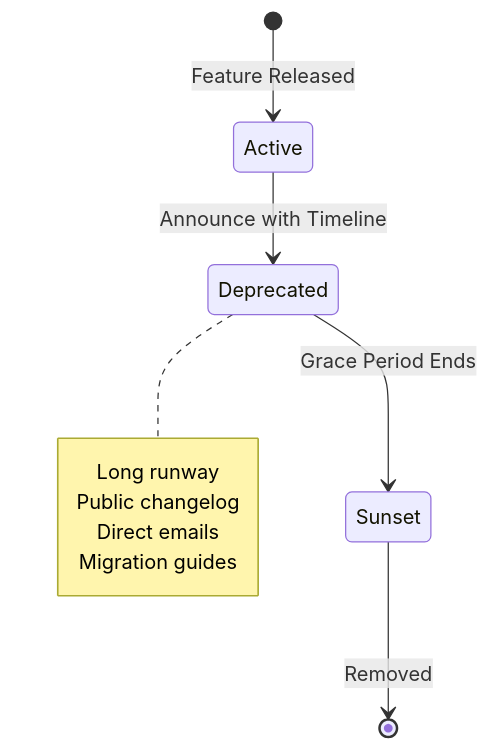
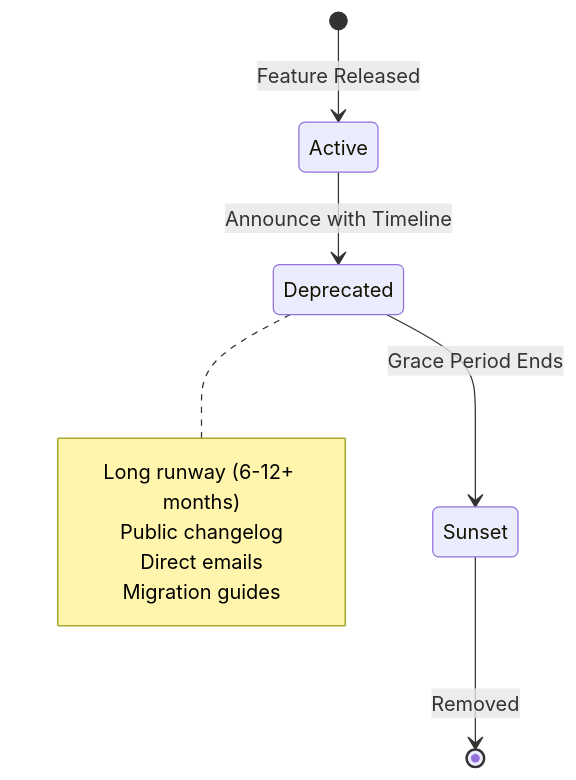
One commit to udaytamma/Cyrus changed the second of 8 diagrams in gemini-responses/api-platform-stripe.md. Above: the diagram before and after it, drawn with Mermaid. The commit also changed other lines of this file and 8 other files, not shown here.

````diff
--- a/gemini-responses/api-platform-stripe.md
+++ b/gemini-responses/api-platform-stripe.md
@@ -96,14 +86,14 @@
 ```mermaid
 stateDiagram-v2
     [*] --> Active: Feature Released
     Active --> Deprecated: Announce with Timeline
     Deprecated --> Sunset: Grace Period Ends
     Sunset --> [*]: Removed
 
     note right of Deprecated
-        Long runway
+        Long runway (6-12+ months)
         Public changelog
         Direct emails
         Migration guides
     end note
 ```
````
